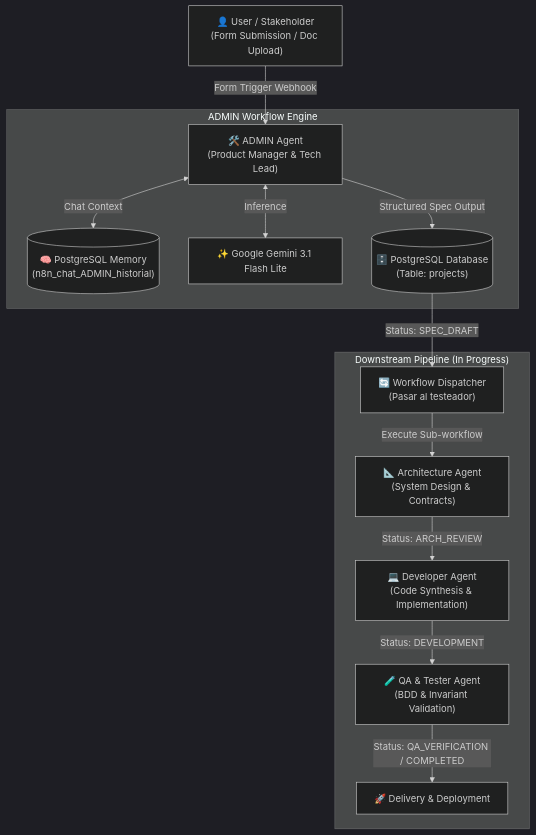
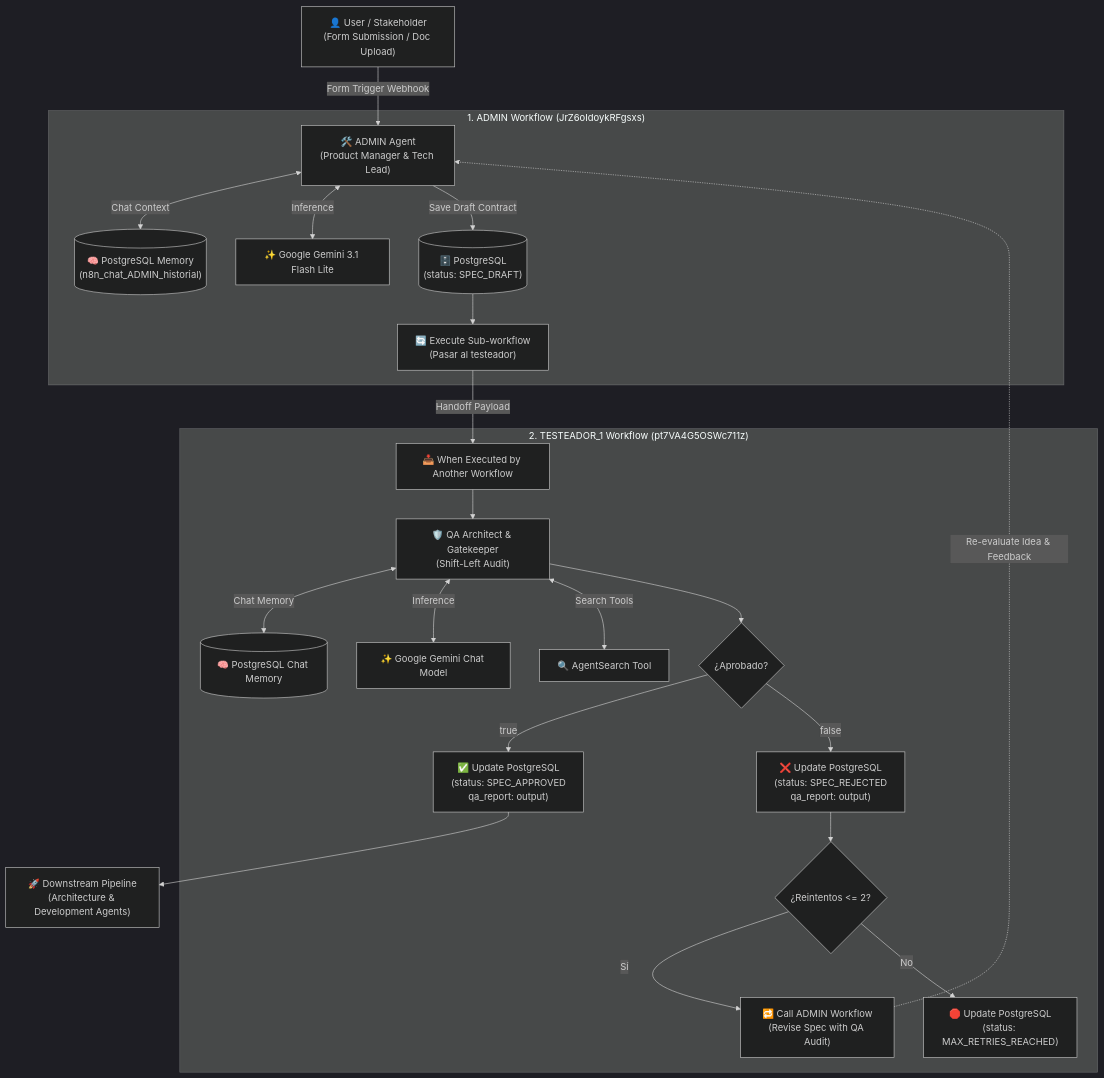
One commit to C1C3RYY-777/n8n-learn changed the diagram in projects/software_dev_team/docs/pipeline_architecture.md. Above: the diagram before and after it, drawn with Mermaid (dark theme). The commit also changed other lines of this file, not shown here.

Commit message:
docs(software-dev-team): update architecture diagram with bidirectional QA feedback loop

````diff
--- a/projects/software_dev_team/docs/pipeline_architecture.md
+++ b/projects/software_dev_team/docs/pipeline_architecture.md
@@ -11,19 +11,32 @@
 ```mermaid
 flowchart TD
-    A["👤 User / Stakeholder\n(Form Submission / Doc Upload)"] -->|Form Trigger Webhook| B["🛠️ ADMIN Agent\n(Product Manager & Tech Lead)"]
+    User["👤 User / Stakeholder\n(Form Submission / Doc Upload)"] -->|Form Trigger Webhook| AdminAgent["🛠️ ADMIN Agent\n(Product Manager & Tech Lead)"]
     
-    subgraph ADMIN_CORE ["ADMIN Workflow Engine"]
-        B <-->|Chat Context| M[("🧠 PostgreSQL Memory\n(n8n_chat_ADMIN_historial)")]
-        B <-->|Inference| LLM["✨ Google Gemini 3.1 Flash Lite"]
-        B -->|Structured Spec Output| DB[("🗄️ PostgreSQL Database\n(Table: projects)")]
+    subgraph ADMIN_WORKFLOW ["1. ADMIN Workflow (JrZ6oIdoykRFgsxs)"]
+        AdminAgent <-->|Chat Context| AdminMem[("🧠 PostgreSQL Memory\n(n8n_chat_ADMIN_historial)")]
+        AdminAgent <-->|Inference| AdminLLM["✨ Google Gemini 3.1 Flash Lite"]
+        AdminAgent -->|Save Draft Contract| AdminDB[("🗄️ PostgreSQL\n(status: SPEC_DRAFT)")]
+        AdminDB --> DispatchQA["🔄 Execute Sub-workflow\n(Pasar al testeador)"]
     end
     
-    DB -->|Status: SPEC_DRAFT| C["🔄 Workflow Dispatcher\n(Pasar al testeador)"]
+    DispatchQA -->|Handoff Payload| QATrigger["📥 When Executed by Another Workflow"]
     
-    subgraph DOWNSTREAM_AGENTS ["Downstream Pipeline (In Progress)"]
-        C -->|Execute Sub-workflow| D["📐 Architecture Agent\n(System Design & Contracts)"]
-        D -->|Status: ARCH_REVIEW| E["💻 Developer Agent\n(Code Synthesis & Implementation)"]
-        E -->|Status: DEVELOPMENT| F["🧪 QA & Tester Agent\n(BDD & Invariant Validation)"]
-        F -->|Status: QA_VERIFICATION / COMPLETED| G["🚀 Delivery & Deployment"]
+    subgraph QA_WORKFLOW ["2. TESTEADOR_1 Workflow (pt7VA4G5OSWc711z)"]
+        QATrigger --> QAAgent["🛡️ QA Architect & Gatekeeper\n(Shift-Left Audit)"]
+        QAAgent <-->|Chat Memory| QAMem[("🧠 PostgreSQL Chat Memory")]
+        QAAgent <-->|Inference| QALLM["✨ Google Gemini Chat Model"]
+        QAAgent <-->|Search Tools| QATool["🔍 AgentSearch Tool"]
+        
+        QAAgent --> EvalCondition{"¿Aprobado?"}
+        
+        EvalCondition -->|true| ApproveState["✅ Update PostgreSQL\n(status: SPEC_APPROVED\nqa_report: output)"]
+        EvalCondition -->|false| RejectState["❌ Update PostgreSQL\n(status: SPEC_REJECTED\nqa_report: output)"]
+        
+        RejectState --> RetryCheck{"¿Reintentos <= 2?"}
+        RetryCheck -->|Sí| FeedbackLoop["🔁 Call ADMIN Workflow\n(Revise Spec with QA Audit)"]
+        RetryCheck -->|No| MaxRetries["🛑 Update PostgreSQL\n(status: MAX_RETRIES_REACHED)"]
     end
+    
+    FeedbackLoop -.->|Re-evaluate Idea & Feedback| AdminAgent
+    ApproveState --> DownstreamPipe["🚀 Downstream Pipeline\n(Architecture & Development Agents)"]
 ```
````
